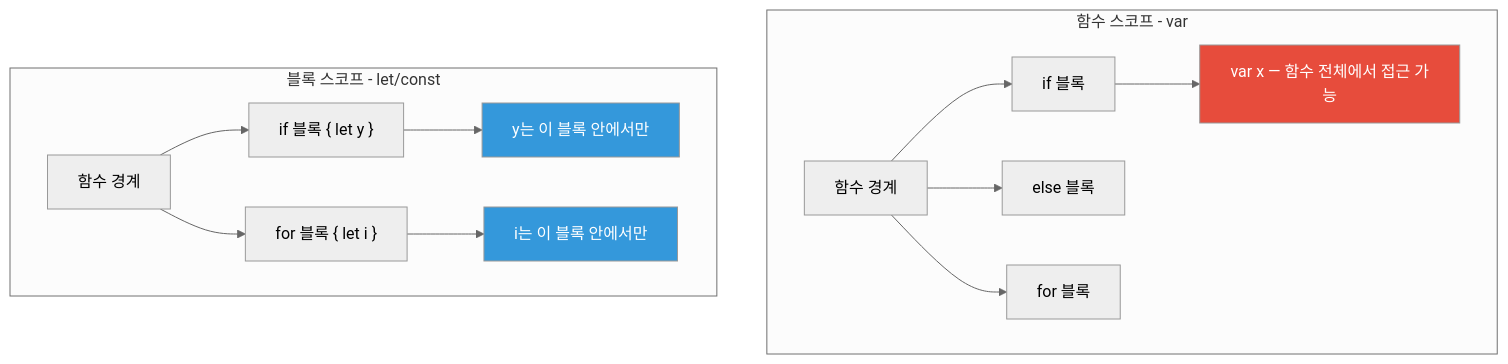
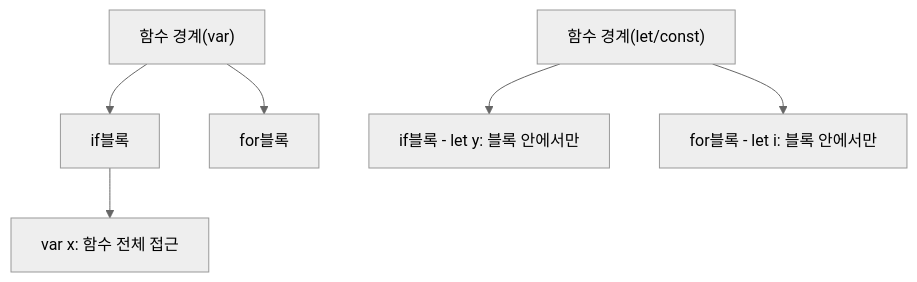
Before and after one commit to yjkim2015/yjkim2015.github.io: the second of 9 diagrams in _posts/frontend/2026-05-02-js-var-let-const.md, drawn with Mermaid (neutral theme). The commit also changed other lines of this file and 215 other files, not shown here.

First line of the commit message:
신규 포스트 10개 추가 + Mermaid 전면 축소 + SystemDesign 시리즈 보강

````diff
--- a/_posts/frontend/2026-05-02-js-var-let-const.md
+++ b/_posts/frontend/2026-05-02-js-var-let-const.md
@@ -105,22 +85,7 @@
 ```mermaid
 graph TD
-    subgraph "함수 스코프 - var"
-        F["함수 경계"]
-        F --> IF1["if 블록"]
-        F --> IF2["else 블록"]
-        F --> FOR["for 블록"]
-        IF1 --> VARX["var x — 함수 전체에서 접근 가능"]
-    end
-
-    subgraph "블록 스코프 - let/const"
-        F2["함수 경계"]
-        F2 --> IF3["if 블록 { let y }"]
-        F2 --> FOR2["for 블록 { let i }"]
-        IF3 --> LETY["y는 이 블록 안에서만"]
-        FOR2 --> LETI["i는 이 블록 안에서만"]
-    end
-
-    style VARX fill:#e74c3c,color:#fff
-    style LETY fill:#3498db,color:#fff
-    style LETI fill:#3498db,color:#fff
+    F["함수 경계(var)"] --> IF1["if블록"] --> VARX["var x: 함수 전체 접근"]
+    F --> FOR["for블록"]
+    F2["함수 경계(let/const)"] --> IF3["if블록 - let y: 블록 안에서만"]
+    F2 --> FOR2["for블록 - let i: 블록 안에서만"]
 ```
````
